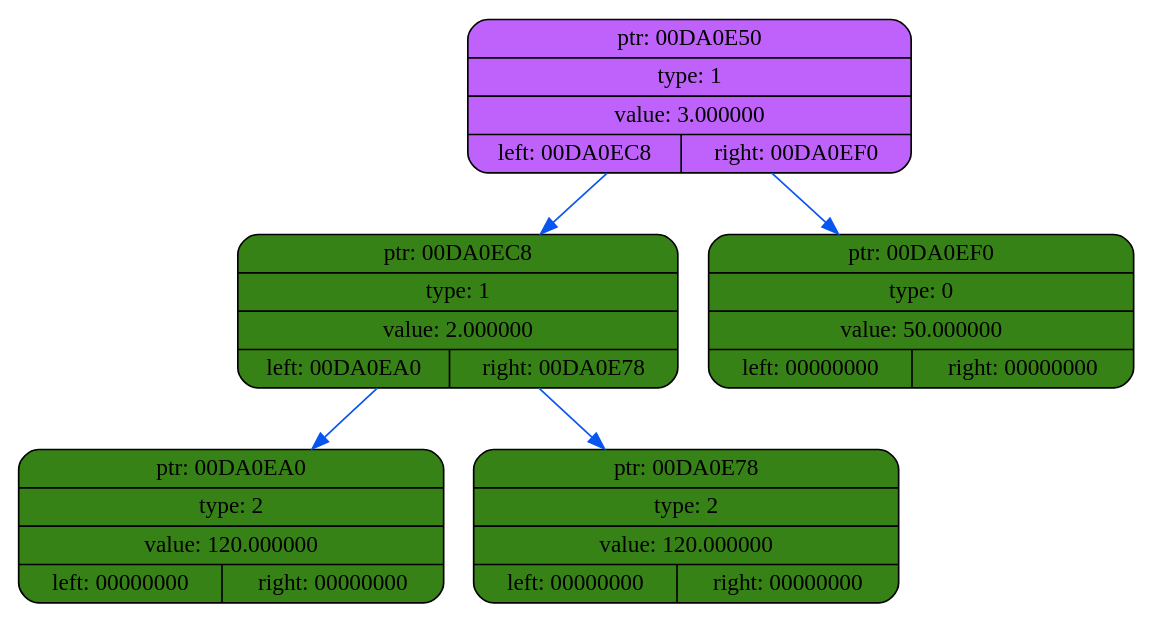
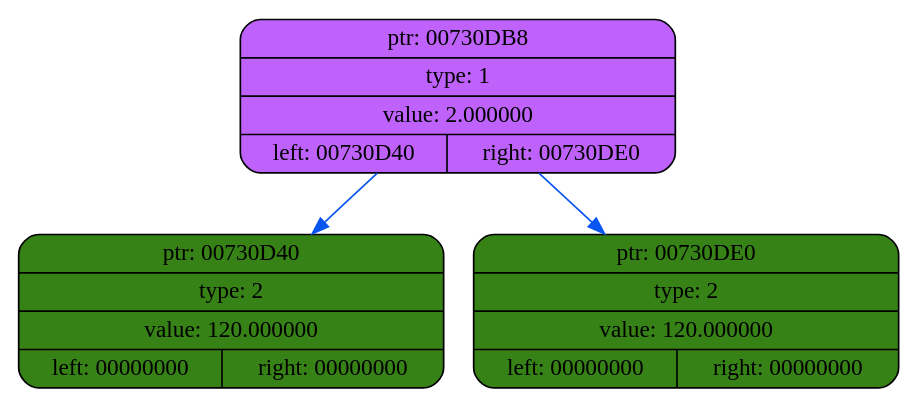
The diagram in dump/dump2.dot (coffee8cat/differentiator), drawn with Graphviz before and after one commit. The commit also changed 23 other files, not shown here.

```diff
--- a/dump/dump2.dot
+++ b/dump/dump2.dot
@@ -1,14 +1,10 @@
 digraph
 {
     rankdir=TP
 
-        node00DA0E50[shape=record,style="rounded,filled",fillcolor="#BF62FC",label="{ ptr: 00DA0E50 | type: 1 | value: 3.000000| { left: 00DA0EC8 | right: 00DA0EF0 }}"];
-    node00DA0E50 -> node00DA0EC8[color="#0855F0"]
-    node00DA0EC8[shape=record,style="rounded,filled",fillcolor="#378217",label="{ ptr: 00DA0EC8 | type: 1 | value: 2.000000| { left: 00DA0EA0 | right: 00DA0E78 }}"];
-    node00DA0EC8 -> node00DA0EA0[color="#0855F0"]
-    node00DA0EA0[shape=record,style="rounded,filled",fillcolor="#378217",label="{ ptr: 00DA0EA0 | type: 2 | value: 120.000000| { left: 00000000 | right: 00000000 }}"];
-    node00DA0EC8 -> node00DA0E78[color="#0855F0"]
-    node00DA0E78[shape=record,style="rounded,filled",fillcolor="#378217",label="{ ptr: 00DA0E78 | type: 2 | value: 120.000000| { left: 00000000 | right: 00000000 }}"];
-    node00DA0E50 -> node00DA0EF0[color="#0855F0"]
-    node00DA0EF0[shape=record,style="rounded,filled",fillcolor="#378217",label="{ ptr: 00DA0EF0 | type: 0 | value: 50.000000| { left: 00000000 | right: 00000000 }}"];
+        node00730DB8[shape=record,style="rounded,filled",fillcolor="#BF62FC",label="{ ptr: 00730DB8 | type: 1 | value: 2.000000| { left: 00730D40 | right: 00730DE0 }}"];
+    node00730DB8 -> node00730D40[color="#0855F0"]
+    node00730D40[shape=record,style="rounded,filled",fillcolor="#378217",label="{ ptr: 00730D40 | type: 2 | value: 120.000000| { left: 00000000 | right: 00000000 }}"];
+    node00730DB8 -> node00730DE0[color="#0855F0"]
+    node00730DE0[shape=record,style="rounded,filled",fillcolor="#378217",label="{ ptr: 00730DE0 | type: 2 | value: 120.000000| { left: 00000000 | right: 00000000 }}"];
 }
```
